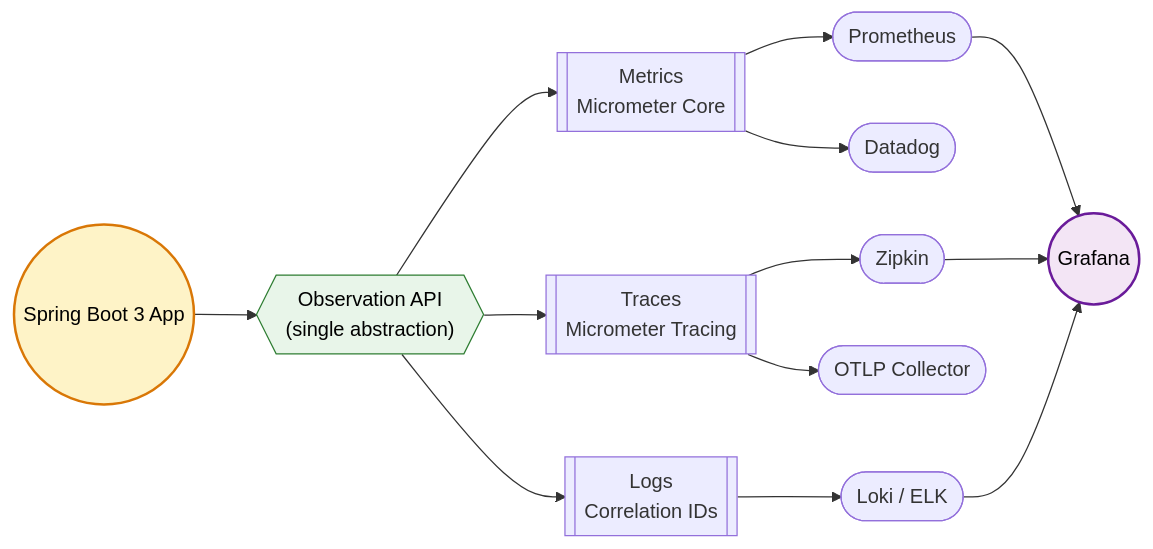
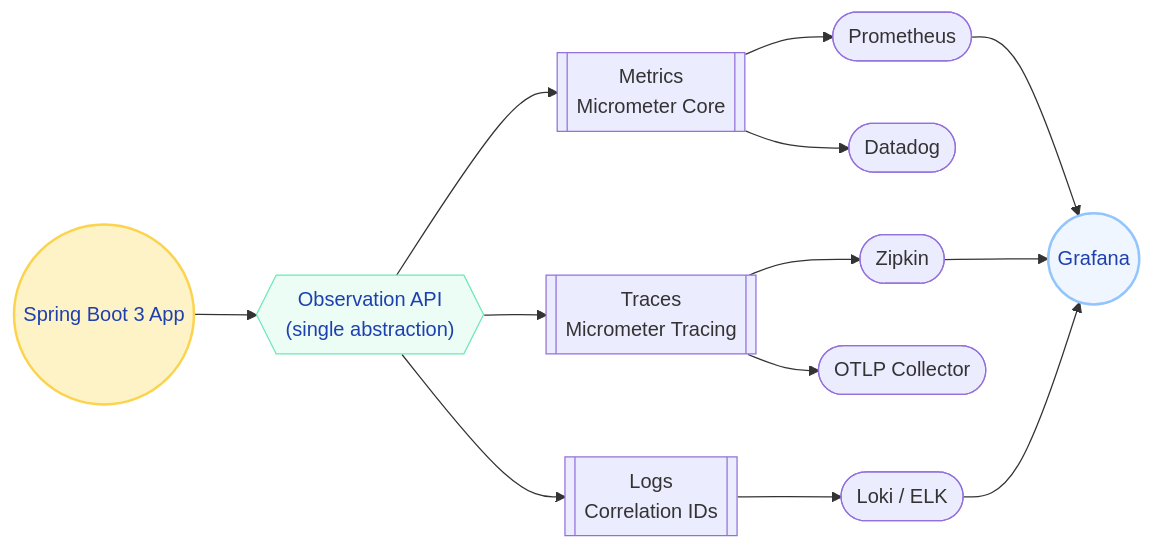
One commit to saivamsikaruturi/vamsilabs-dev-notes-main changed the third of 5 diagrams in docs/springboot/SpringBoot3.md. Above: the diagram before and after it, drawn with Mermaid. The commit also changed other lines of this file and 220 other files, not shown here.

First line of the commit message:
Add 50+ new Java/Spring Boot pages, rewrite CSS code blocks to Oracle style, fix all diagram colors

````diff
--- a/docs/springboot/SpringBoot3.md
+++ b/docs/springboot/SpringBoot3.md
@@ -249,24 +249,24 @@
 ```mermaid
 flowchart LR
     App(("Spring Boot 3 App"))
     OBS{{"Observation API\n(single abstraction)"}}
     
     App --> OBS
     OBS --> M[["Metrics\nMicrometer Core"]]
     OBS --> T[["Traces\nMicrometer Tracing"]]
     OBS --> L[["Logs\nCorrelation IDs"]]
     
     M --> PROM(["Prometheus"])
     M --> DD(["Datadog"])
     T --> ZIPKIN(["Zipkin"])
     T --> OTLP(["OTLP Collector"])
     L --> LOKI(["Loki / ELK"])
     
     PROM --> GRAF(("Grafana"))
     ZIPKIN --> GRAF
     LOKI --> GRAF
 
-    style App fill:#FEF3C7,stroke:#D97706,stroke-width:2px,color:#000
-    style OBS fill:#E8F5E9,stroke:#2E7D32,color:#000
-    style GRAF fill:#F3E5F5,stroke:#6A1B9A,stroke-width:2px,color:#000
+    style App fill:#FEF3C7,stroke:#FCD34D,stroke-width:2px,color:#1E40AF
+    style OBS fill:#ECFDF5,stroke:#6EE7B7,color:#1E40AF
+    style GRAF fill:#EFF6FF,stroke:#93C5FD,stroke-width:2px,color:#1E40AF
 ```
````
